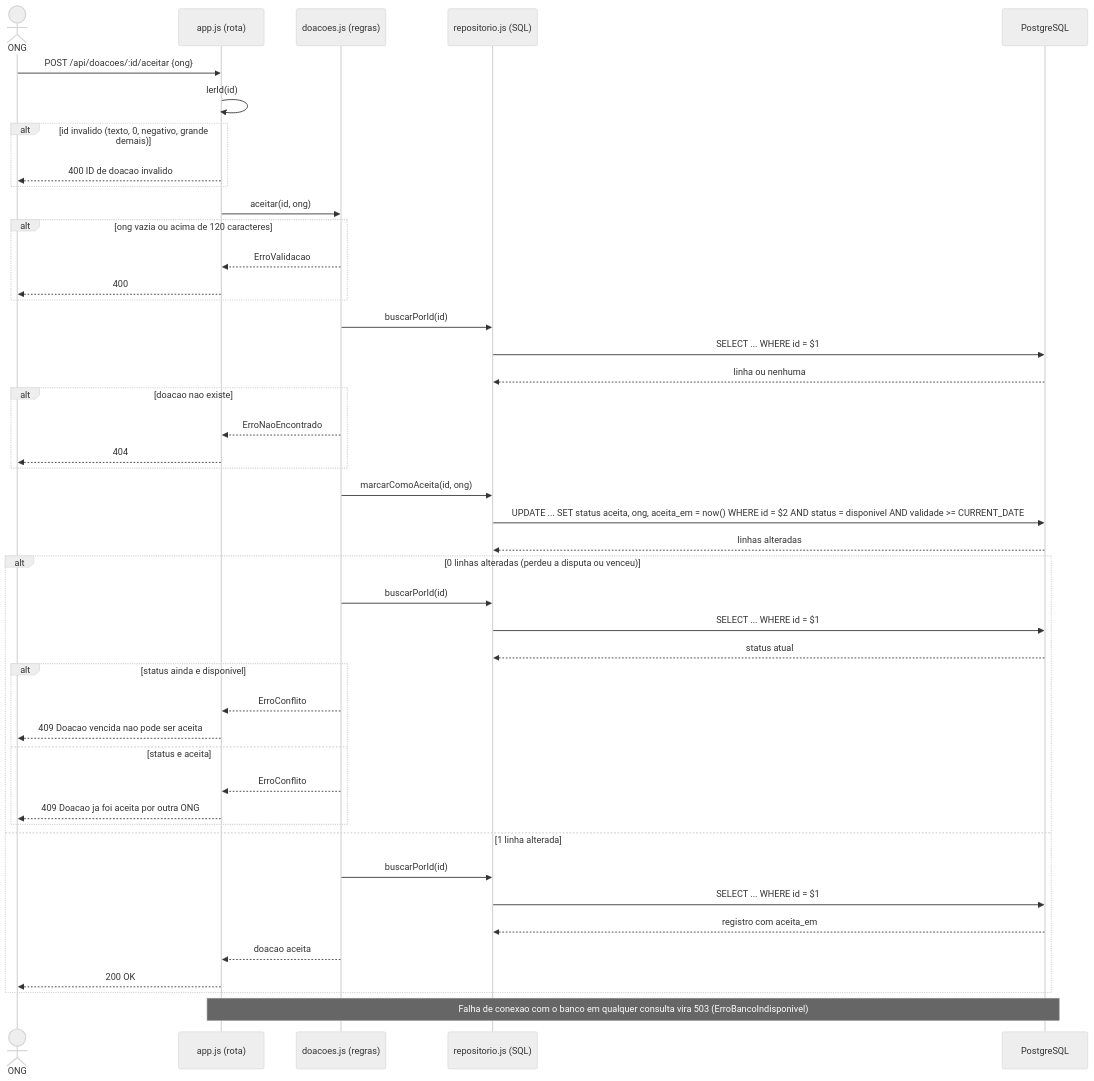
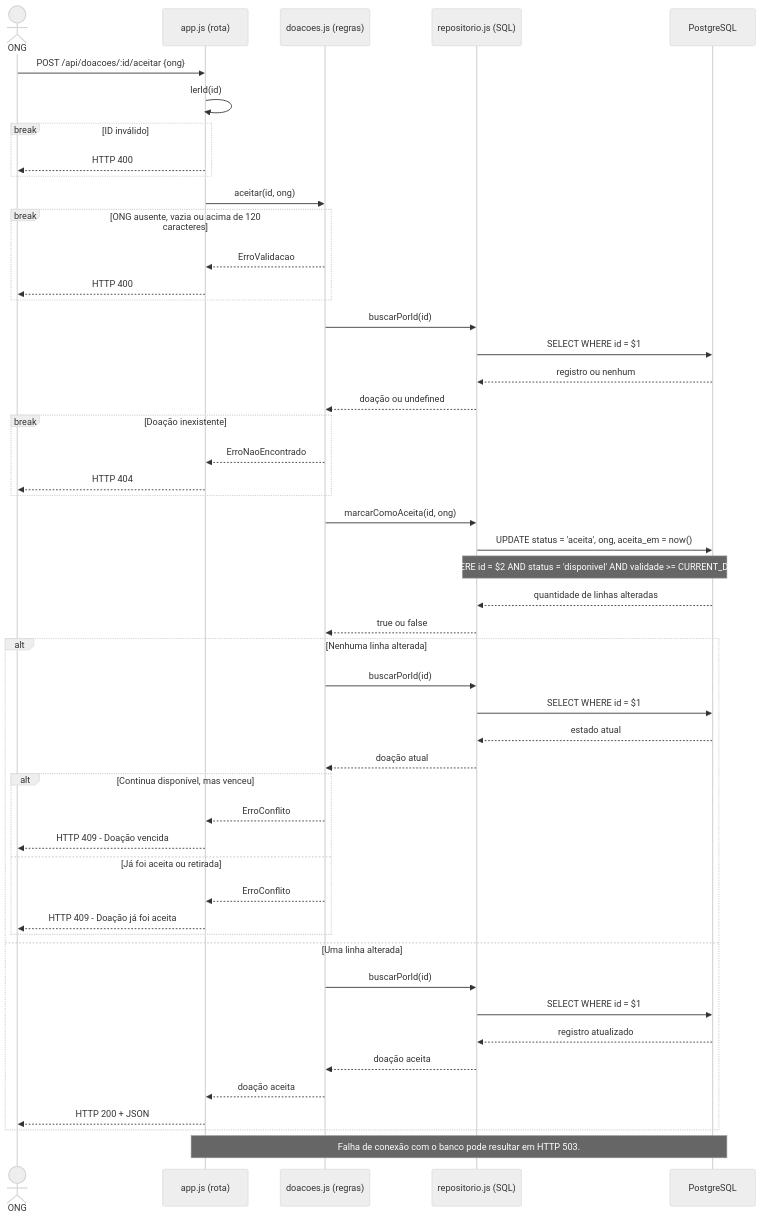
Before and after one commit to joaofsdev/g1126-prato-cheio: the first of 2 diagrams in docs/diagramas/final/sequencia.md, drawn with Mermaid (neutral theme). The commit also changed other lines of this file, not shown here.

Commit message:
docs: atualiza diagrama de sequencia com retirada da historia 8

````diff
--- a/docs/diagramas/final/sequencia.md
+++ b/docs/diagramas/final/sequencia.md
@@ -6,48 +10,62 @@
 ```mermaid
 sequenceDiagram
-  actor ONG
-  participant API as app.js (rota)
-  participant Servico as doacoes.js (regras)
-  participant Repo as repositorio.js (SQL)
-  participant BD as PostgreSQL
+    actor ONG
+    participant API as app.js (rota)
+    participant Servico as doacoes.js (regras)
+    participant Repo as repositorio.js (SQL)
+    participant BD as PostgreSQL
 
-  ONG->>API: POST /api/doacoes/:id/aceitar {ong}
-  API->>API: lerId(id)
-  alt id invalido (texto, 0, negativo, grande demais)
-    API-->>ONG: 400 ID de doacao invalido
-  end
-  API->>Servico: aceitar(id, ong)
-  alt ong vazia ou acima de 120 caracteres
-    Servico-->>API: ErroValidacao
-    API-->>ONG: 400
-  end
-  Servico->>Repo: buscarPorId(id)
-  Repo->>BD: SELECT ... WHERE id = $1
-  BD-->>Repo: linha ou nenhuma
-  alt doacao nao existe
-    Servico-->>API: ErroNaoEncontrado
-    API-->>ONG: 404
-  end
-  Servico->>Repo: marcarComoAceita(id, ong)
-  Repo->>BD: UPDATE ... SET status aceita, ong, aceita_em = now() WHERE id = $2 AND status = disponivel AND validade >= CURRENT_DATE
-  BD-->>Repo: linhas alteradas
-  alt 0 linhas alteradas (perdeu a disputa ou venceu)
+    ONG->>API: POST /api/doacoes/:id/aceitar {ong}
+    API->>API: lerId(id)
+
+    break ID inválido
+        API-->>ONG: HTTP 400
+    end
+
+    API->>Servico: aceitar(id, ong)
+
+    break ONG ausente, vazia ou acima de 120 caracteres
+        Servico-->>API: ErroValidacao
+        API-->>ONG: HTTP 400
+    end
+
     Servico->>Repo: buscarPorId(id)
-    Repo->>BD: SELECT ... WHERE id = $1
-    BD-->>Repo: status atual
-    alt status ainda e disponivel
-      Servico-->>API: ErroConflito
-      API-->>ONG: 409 Doacao vencida nao pode ser aceita
-    else status e aceita
-      Servico-->>API: ErroConflito
-      API-->>ONG: 409 Doacao ja foi aceita por outra ONG
+    Repo->>BD: SELECT WHERE id = $1
+    BD-->>Repo: registro ou nenhum
+    Repo-->>Servico: doação ou undefined
+
+    break Doação inexistente
+        Servico-->>API: ErroNaoEncontrado
+        API-->>ONG: HTTP 404
     end
-  else 1 linha alterada
-    Servico->>Repo: buscarPorId(id)
-    Repo->>BD: SELECT ... WHERE id = $1
-    BD-->>Repo: registro com aceita_em
-    Servico-->>API: doacao aceita
-    API-->>ONG: 200 OK
-  end
-  Note over API,BD: Falha de conexao com o banco em qualquer consulta vira 503 (ErroBancoIndisponivel)
+
+    Servico->>Repo: marcarComoAceita(id, ong)
+    Repo->>BD: UPDATE status = 'aceita', ong, aceita_em = now()
+    Note over Repo,BD: WHERE id = $2 AND status = 'disponivel' AND validade >= CURRENT_DATE
+    BD-->>Repo: quantidade de linhas alteradas
+    Repo-->>Servico: true ou false
+
+    alt Nenhuma linha alterada
+        Servico->>Repo: buscarPorId(id)
+        Repo->>BD: SELECT WHERE id = $1
+        BD-->>Repo: estado atual
+        Repo-->>Servico: doação atual
+
+        alt Continua disponível, mas venceu
+            Servico-->>API: ErroConflito
+            API-->>ONG: HTTP 409 - Doação vencida
+        else Já foi aceita ou retirada
+            Servico-->>API: ErroConflito
+            API-->>ONG: HTTP 409 - Doação já foi aceita
+        end
+    else Uma linha alterada
+        Servico->>Repo: buscarPorId(id)
+        Repo->>BD: SELECT WHERE id = $1
+        BD-->>Repo: registro atualizado
+        Repo-->>Servico: doação aceita
+        Servico-->>API: doação aceita
+        API-->>ONG: HTTP 200 + JSON
+    end
+
+    Note over API,BD: Falha de conexão com o banco pode resultar em HTTP 503.
 ```
````
